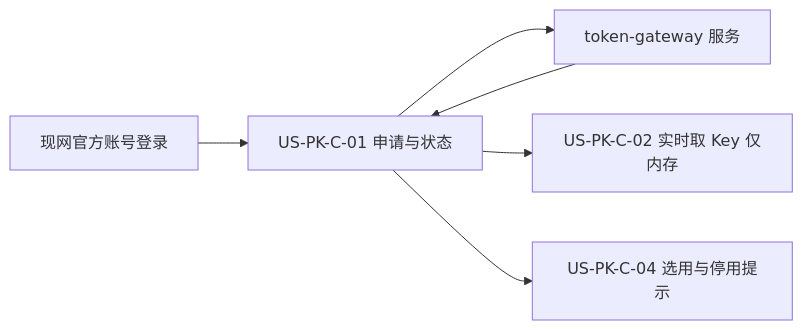
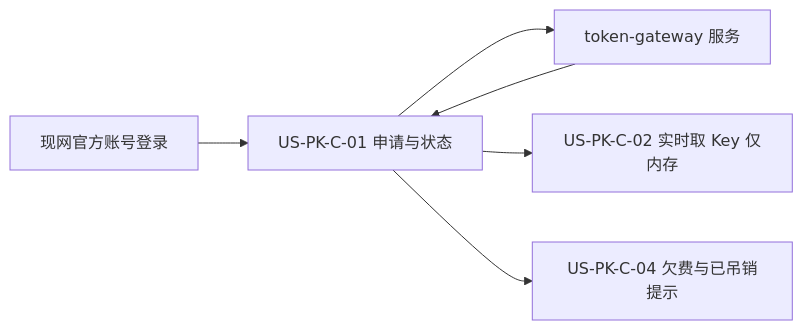
Before and after one commit to Pedro-MAFS/ftcs: the first of 3 diagrams in docs/design/US-PK-C-01-申请官方PlacesKey与状态展示.md, drawn with Mermaid. The commit also changed other lines of this file and 4 other files, not shown here.

````diff
--- a/docs/design/US-PK-C-01-申请官方PlacesKey与状态展示.md
+++ b/docs/design/US-PK-C-01-申请官方PlacesKey与状态展示.md
@@ -41,14 +41,14 @@
 ```mermaid
 flowchart LR
   login[现网官方账号登录]
   c01[US-PK-C-01 申请与状态]
   gw[token-gateway 服务]
   c02[US-PK-C-02 实时取 Key 仅内存]
-  c04[US-PK-C-04 选用与停用提示]
+  c04[US-PK-C-04 欠费与已吊销提示]
 
   login --> c01
   c01 --> gw
   gw --> c01
   c01 --> c02
   c01 --> c04
 ```
````
